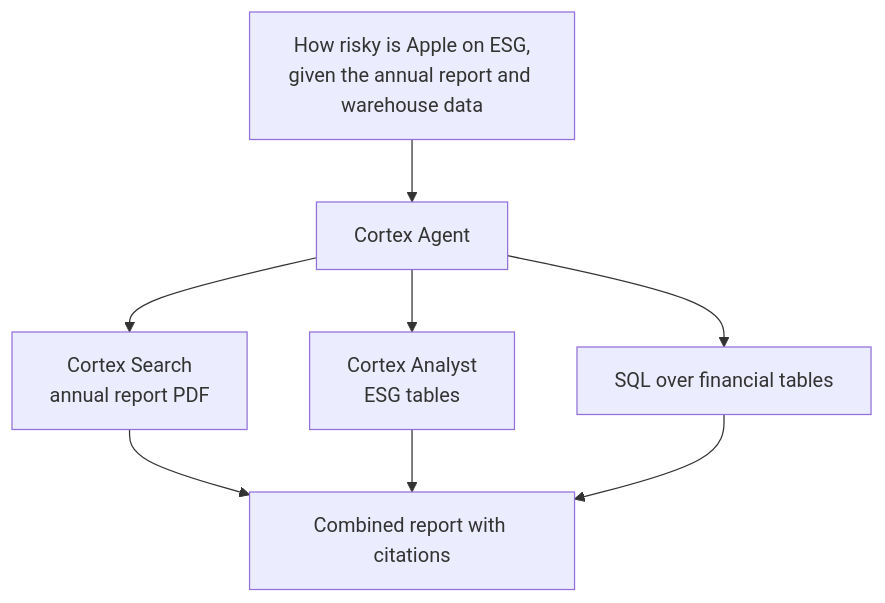
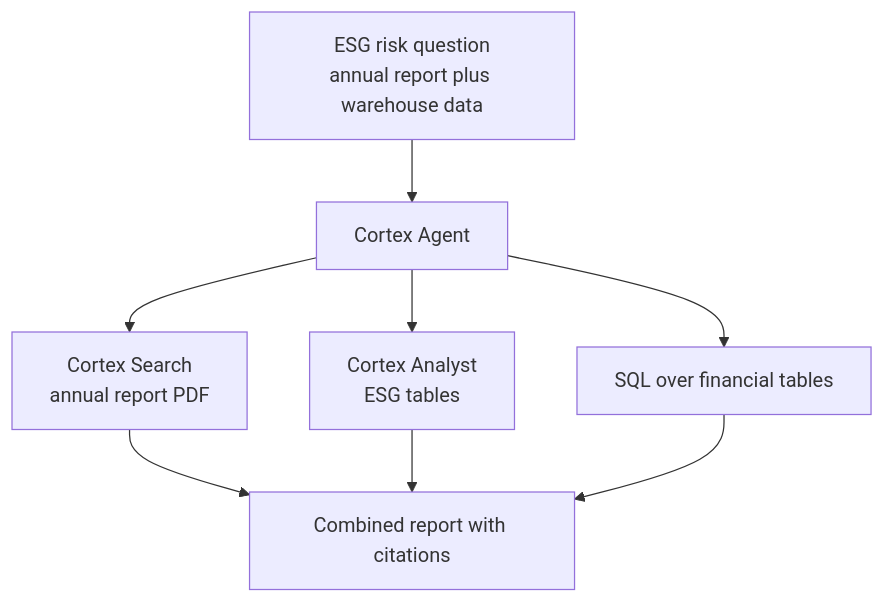
One commit to devweekly/devweekly.github.io changed the fourth of 6 diagrams in temp/Snowflake Agent体系-成稿.md. Above: the diagram before and after it, drawn with Mermaid. The commit also changed other lines of this file, not shown here.

````diff
--- a/temp/Snowflake Agent体系-成稿.md
+++ b/temp/Snowflake Agent体系-成稿.md
@@ -168,17 +166,17 @@
 ```mermaid
 flowchart TD
-    Q["How risky is Apple on ESG,<br/>given the annual report and warehouse data"]
+    Q["ESG risk question<br/>annual report plus warehouse data"]
     CA["Cortex Agent"]
     CS["Cortex Search<br/>annual report PDF"]
     AN["Cortex Analyst<br/>ESG tables"]
     SQ["SQL over financial tables"]
     R["Combined report with citations"]
 
     Q --> CA
     CA --> CS
     CA --> AN
     CA --> SQ
     CS --> R
     AN --> R
     SQ --> R
 ```
````
